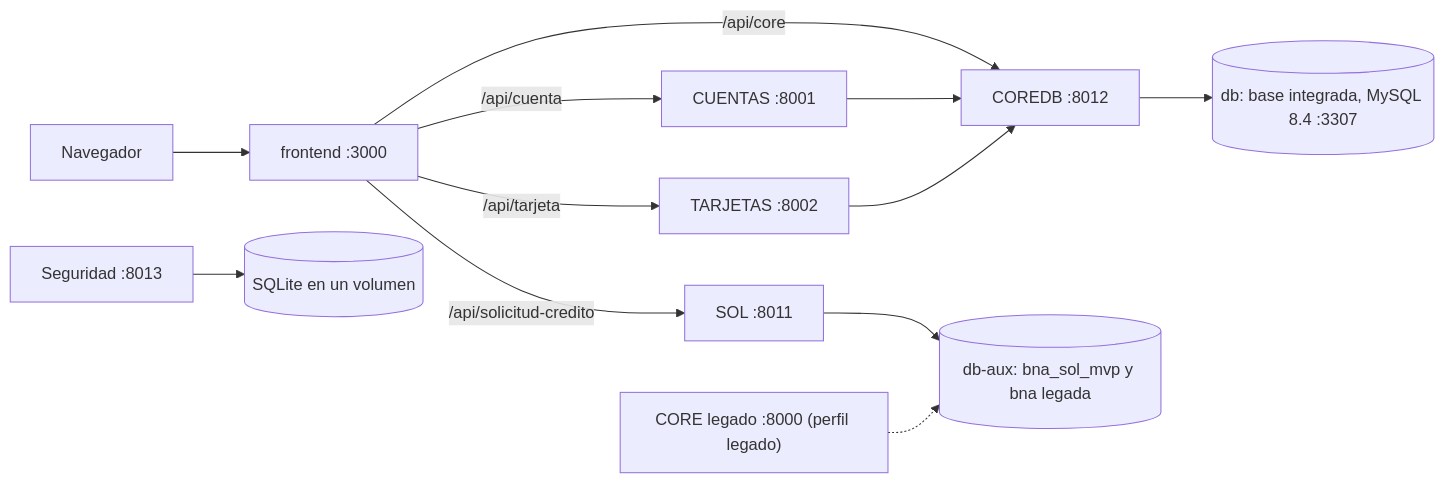
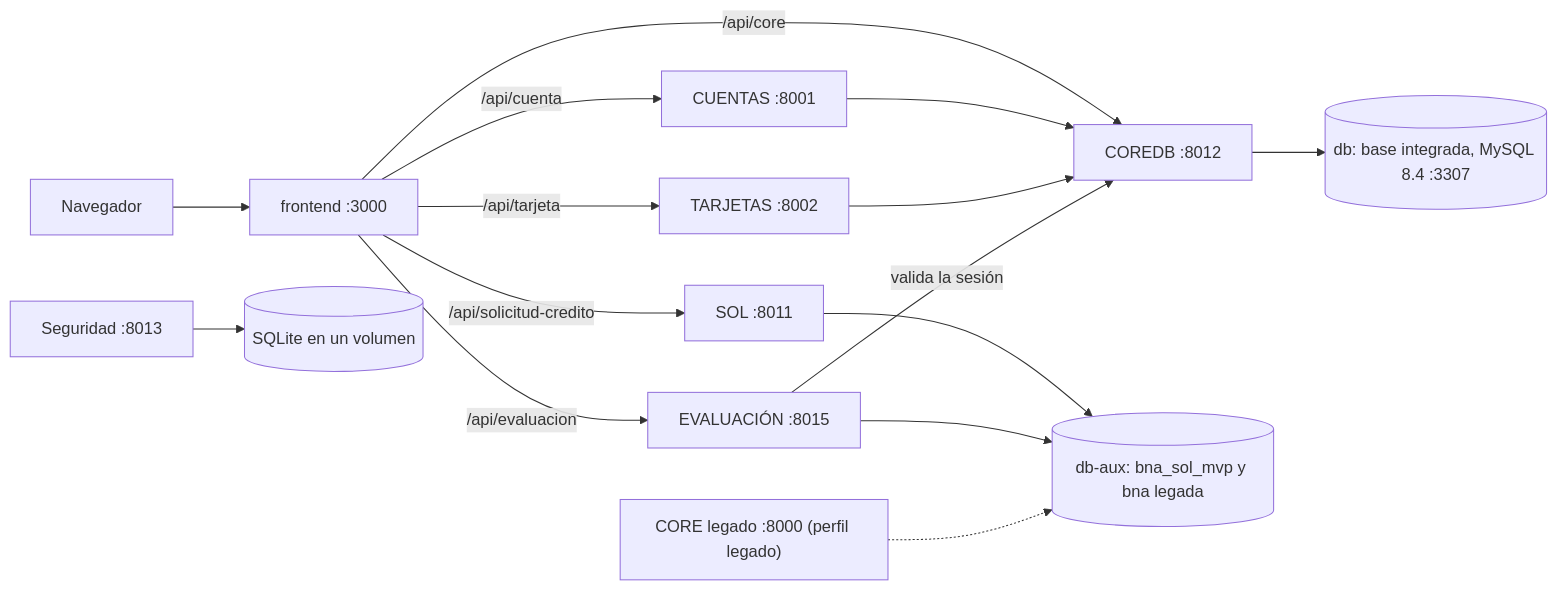
One commit to SantiagoCusirramos/Banco_Nacional_Arequipa changed the diagram in README.md. Above: the diagram before and after it, drawn with Mermaid. The commit also changed other lines of this file and 30 other files, not shown here.

First line of the commit message:
Agregar el módulo EVALUACION integrado con SOL, Desembolso y COREDB

````diff
--- a/README.md
+++ b/README.md
@@ -42,14 +43,17 @@
 ```mermaid
 flowchart LR
   nav["Navegador"] --> fe["frontend :3000"]
   fe -->|"/api/core"| coredb["COREDB :8012"]
   fe -->|"/api/cuenta"| cta["CUENTAS :8001"]
   fe -->|"/api/tarjeta"| tar["TARJETAS :8002"]
   fe -->|"/api/solicitud-credito"| sol["SOL :8011"]
+  fe -->|"/api/evaluacion"| eva["EVALUACIÓN :8015"]
   cta --> coredb
   tar --> coredb
   coredb --> db[("db: base integrada, MySQL 8.4 :3307")]
   sol --> aux[("db-aux: bna_sol_mvp y bna legada")]
+  eva -->|"valida la sesión"| coredb
+  eva --> aux
   seg["Seguridad :8013"] --> sq[("SQLite en un volumen")]
   leg["CORE legado :8000 (perfil legado)"] -.-> aux
 ```
````
